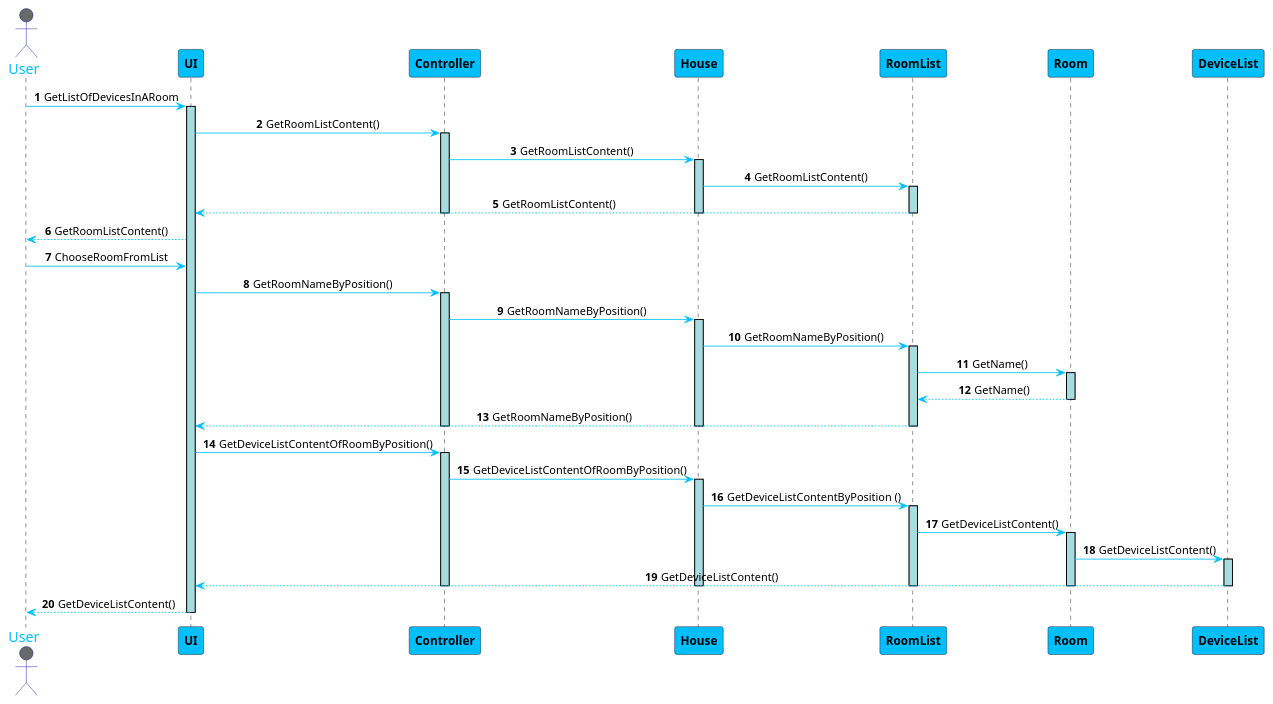
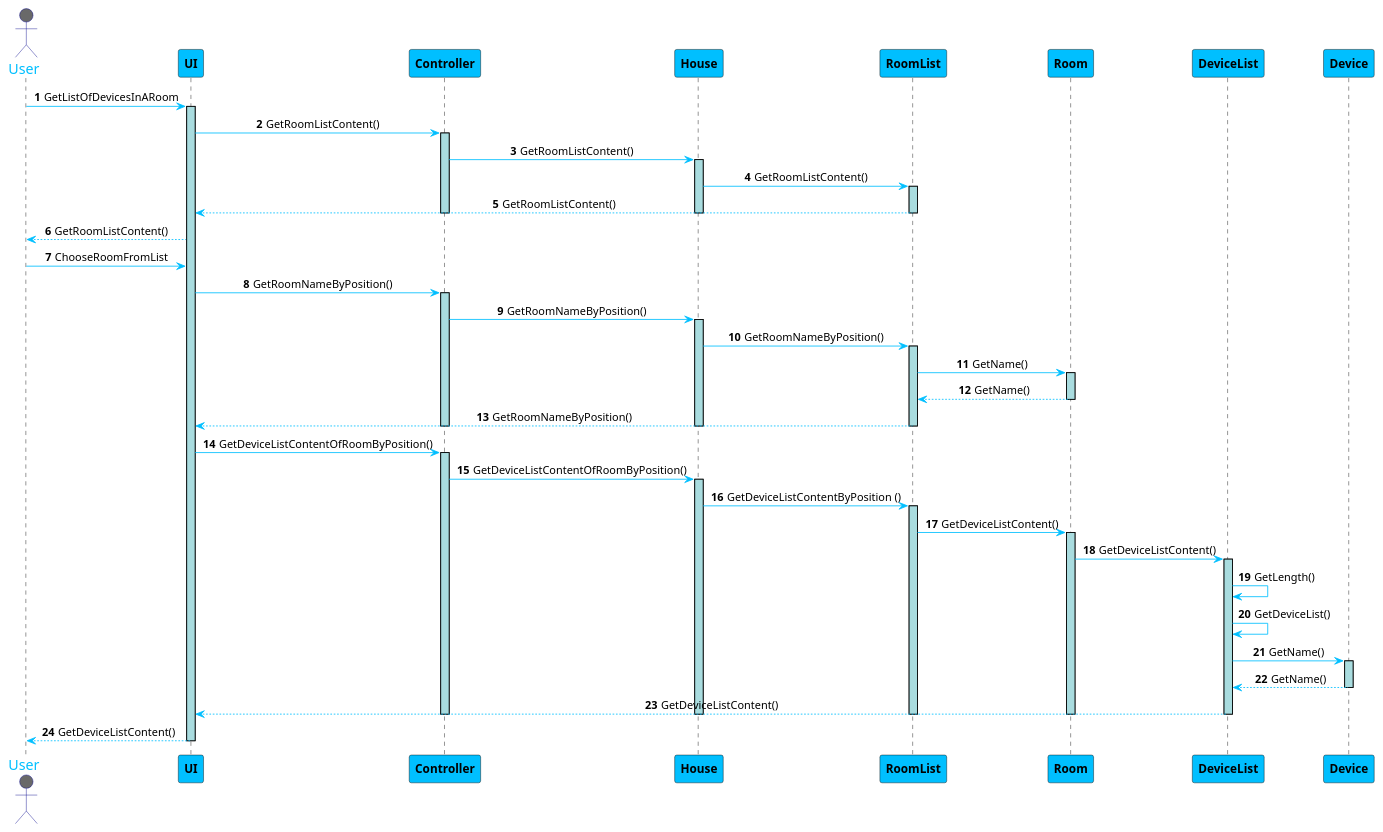
Before and after one commit to 1181687/hateoasToy: the diagram in src/Docs/GetListOfDevicesRoom.puml, drawn with PlantUML.

Commit message:
addresses #67 Final Changes to Sequence Diagram

```diff
--- a/src/Docs/GetListOfDevicesRoom.puml
+++ b/src/Docs/GetListOfDevicesRoom.puml
@@ -1,71 +1,77 @@
 @startuml
 skinparam sequenceMessageAlign center
 skinparam sequence {
 	ArrowColor DeepSkyBlue
 	ActorBorderColor DarkBlue
 	LifeLineBorderColor black
 	LifeLineBackgroundColor #A9DCDF
 
 	ParticipantBorderColor Black
 	ParticipantBackgroundColor DeepSkyBlue
 	ParticipantFontStyle Bold
 
 	ActorBackgroundColor DimGrey
 	ActorFontColor DeepSkyBlue
 	ActorFontSize 17
 	ActorFontName Aapex
 }
 
 autonumber
 actor User
 User -> UI: GetListOfDevicesInARoom
 activate UI
 
 UI -> Controller: GetRoomListContent()
 activate Controller
 Controller -> House: GetRoomListContent()
 activate House
 House -> RoomList: GetRoomListContent()
 activate RoomList
 UI <-- RoomList: GetRoomListContent()
 deactivate RoomList
 deactivate House
 deactivate Controller
 User <-- UI: GetRoomListContent()
 
 
 
 User -> UI: ChooseRoomFromList
 UI -> Controller: GetRoomNameByPosition()
 activate Controller
 Controller -> House: GetRoomNameByPosition()
 activate House
 House -> RoomList: GetRoomNameByPosition()
 activate RoomList
 RoomList -> Room: GetName()
 activate Room
 RoomList <-- Room: GetName()
 deactivate Room
 UI <-- RoomList: GetRoomNameByPosition()
 deactivate RoomList
 deactivate House
 deactivate Controller
 UI -> Controller: GetDeviceListContentOfRoomByPosition()
 activate Controller
 Controller -> House: GetDeviceListContentOfRoomByPosition()
 activate House
 House -> RoomList: GetDeviceListContentByPosition ()
 activate RoomList
 RoomList -> Room: GetDeviceListContent()
 activate Room
 Room -> DeviceList: GetDeviceListContent()
 activate DeviceList
+DeviceList -> DeviceList: GetLength()
+DeviceList -> DeviceList: GetDeviceList()
+DeviceList -> Device: GetName()
+activate Device
+DeviceList <-- Device: GetName()
+deactivate Device
 UI <-- DeviceList: GetDeviceListContent()
 deactivate DeviceList
 deactivate Room
 deactivate RoomList
 deactivate House
 deactivate Controller
 User <-- UI: GetDeviceListContent()
 deactivate UI
 @enduml
```
